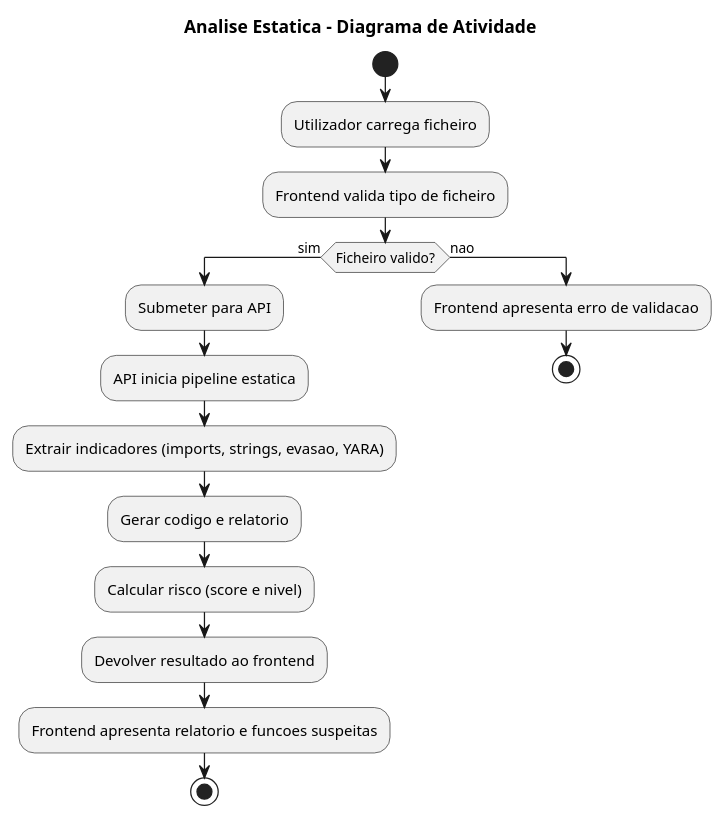
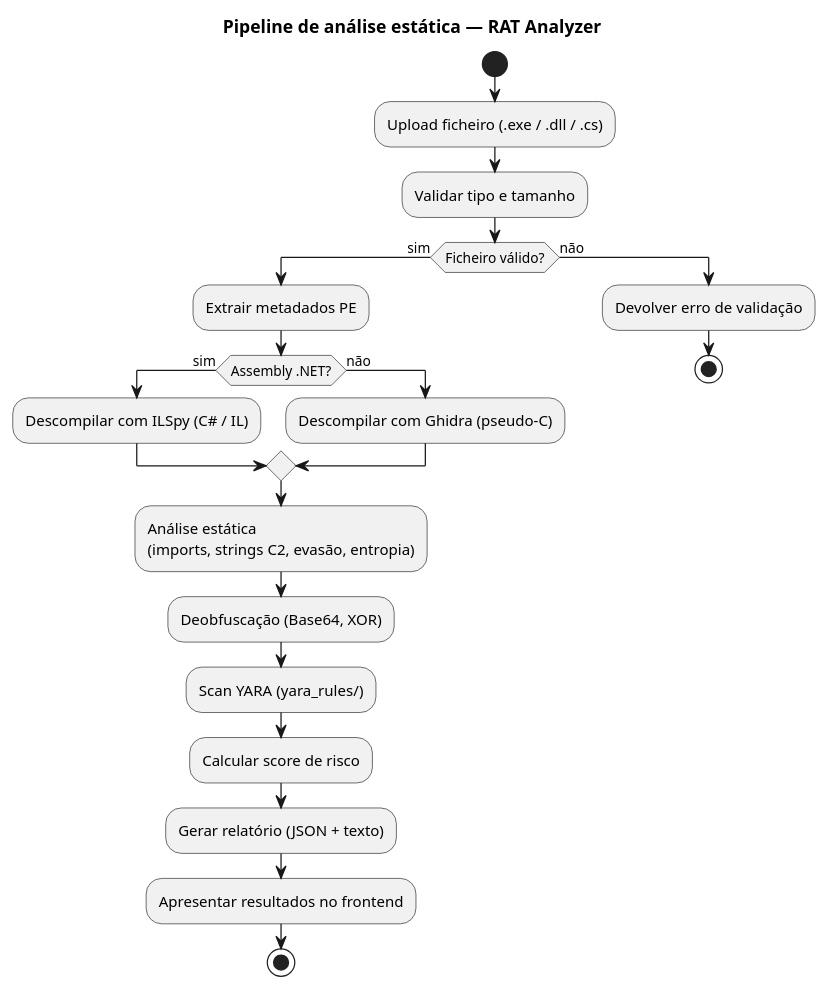
The diagram in docs/diagrams/analysis-activity-static.puml (tlxp/PROJETO), drawn with PlantUML before and after one commit. The commit also changed 204 other files, not shown here.

```diff
--- a/docs/diagrams/analysis-activity-static.puml
+++ b/docs/diagrams/analysis-activity-static.puml
@@ -1,22 +1,27 @@
 @startuml
-title Analise Estatica - Diagrama de Atividade
+title Pipeline de análise estática — RAT Analyzer
 
 start
-:Utilizador carrega ficheiro;
-:Frontend valida tipo de ficheiro;
+:Upload ficheiro (.exe / .dll / .cs);
+:Validar tipo e tamanho;
 
-if (Ficheiro valido?) then (sim)
-  :Submeter para API;
-  :API inicia pipeline estatica;
-  :Extrair indicadores (imports, strings, evasao, YARA);
-  :Gerar codigo e relatorio;
-  :Calcular risco (score e nivel);
-  :Devolver resultado ao frontend;
-  :Frontend apresenta relatorio e funcoes suspeitas;
+if (Ficheiro válido?) then (sim)
+  :Extrair metadados PE;
+  if (Assembly .NET?) then (sim)
+    :Descompilar com ILSpy (C# / IL);
+  else (não)
+    :Descompilar com Ghidra (pseudo-C);
+  endif
+  :Análise estática\n(imports, strings C2, evasão, entropia);
+  :Deobfuscação (Base64, XOR);
+  :Scan YARA (yara_rules/);
+  :Calcular score de risco;
+  :Gerar relatório (JSON + texto);
+  :Apresentar resultados no frontend;
   stop
-else (nao)
-  :Frontend apresenta erro de validacao;
+else (não)
+  :Devolver erro de validação;
   stop
 endif
 
 @enduml
```
